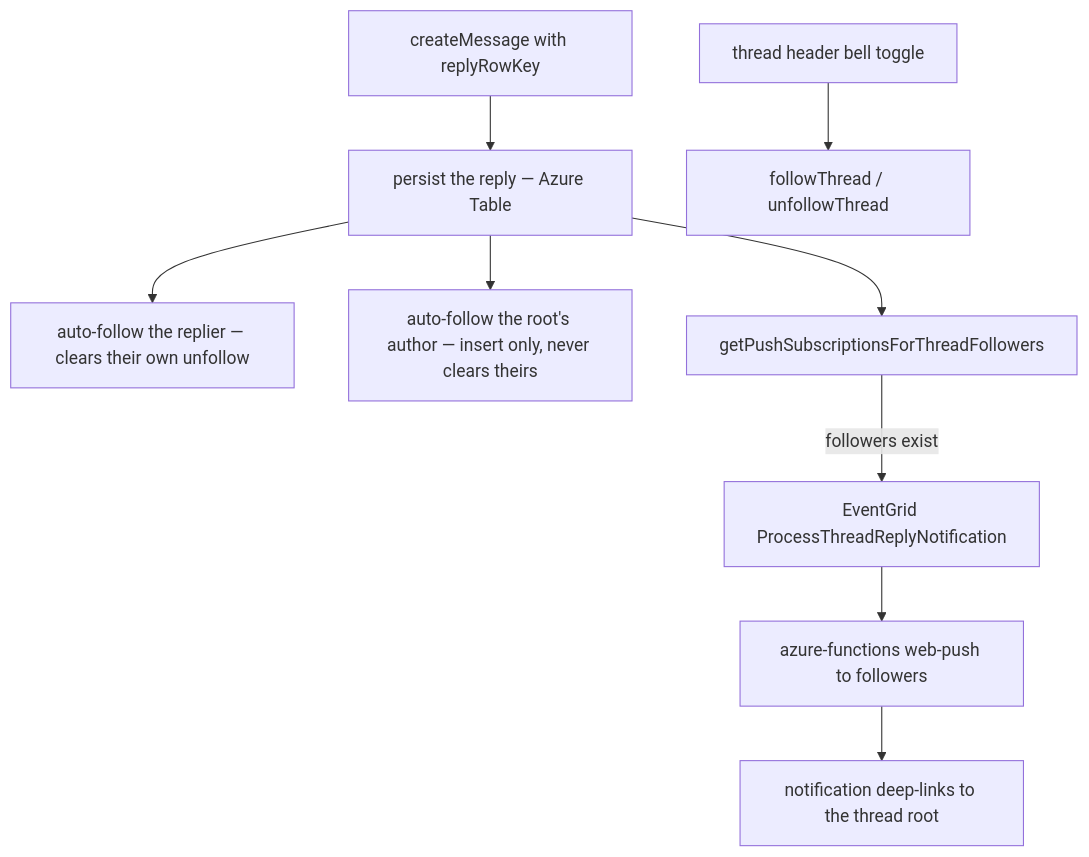
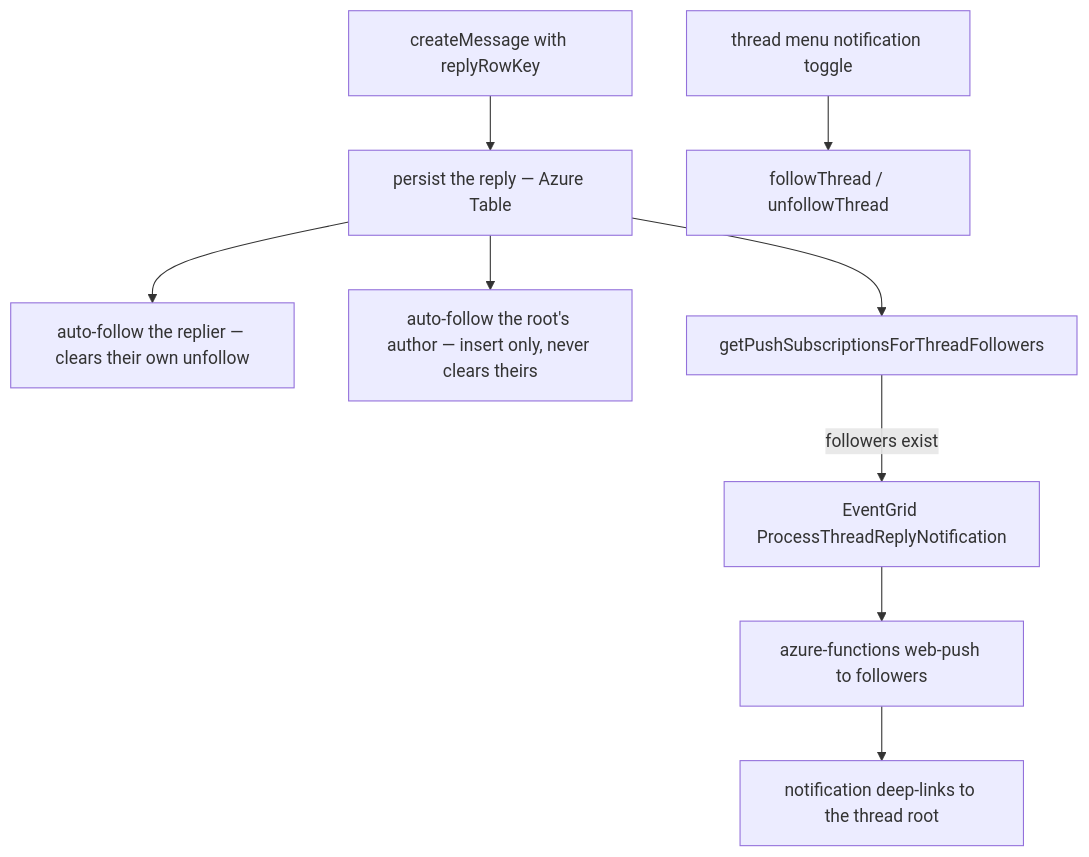
The diagram in packages/app/content/docs/esbabbler/thread-follows.md (Esposter/Esposter), drawn with Mermaid before and after one commit. The commit also changed other lines of this file and 71 other files, not shown here.

````diff
--- a/packages/app/content/docs/esbabbler/thread-follows.md
+++ b/packages/app/content/docs/esbabbler/thread-follows.md
@@ -14,11 +14,11 @@
 ```mermaid
 flowchart TD
   R["createMessage with replyRowKey"] --> P["persist the reply — Azure Table"]
   P --> AF["auto-follow the replier — clears their own unfollow"]
   P --> AR["auto-follow the root's author — insert only, never clears theirs"]
   P --> Q["getPushSubscriptionsForThreadFollowers"]
   Q -->|followers exist| E["EventGrid ProcessThreadReplyNotification"]
   E --> F["azure-functions web-push to followers"]
   F --> D["notification deep-links to the thread root"]
-  B["thread header bell toggle"] --> FT["followThread / unfollowThread"]
+  B["thread menu notification toggle"] --> FT["followThread / unfollowThread"]
 ```
````
